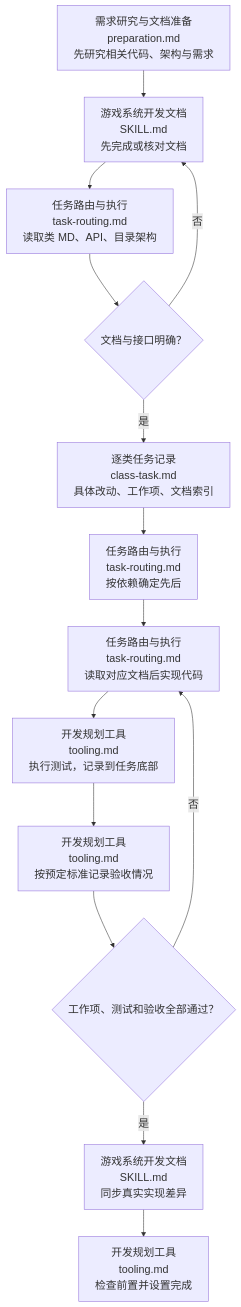
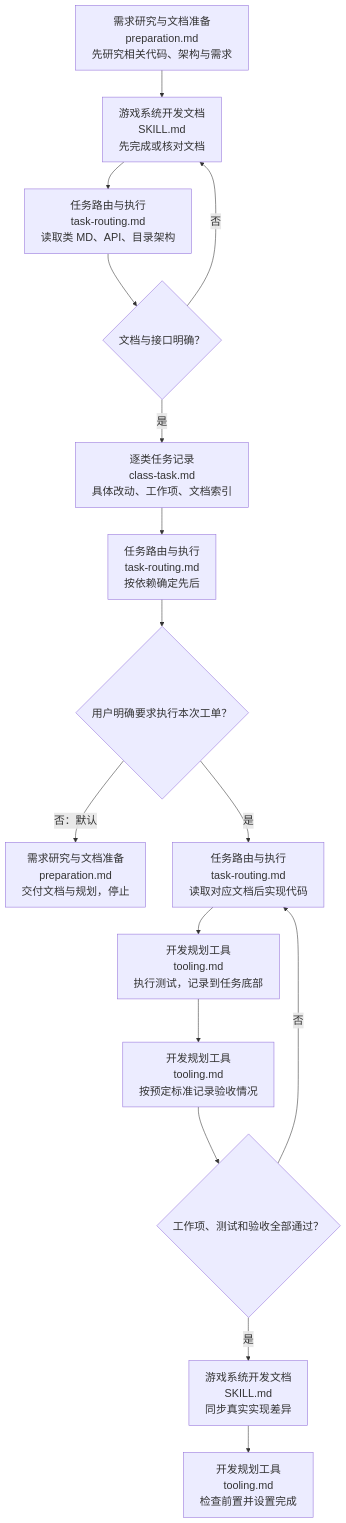
The diagram in game-system-development-planning/SKILL.md (229196637/game-development-skills), drawn with Mermaid before and after one commit. The commit also changed other lines of this file and 9 other files, not shown here.

````diff
--- a/game-system-development-planning/SKILL.md
+++ b/game-system-development-planning/SKILL.md
@@ -14,26 +16,29 @@
 ```mermaid
 %%{init: {"themeVariables": {"fontSize": "20px"}, "flowchart": {"wrappingWidth": 360}}}%%
 flowchart TD
   Research["需求研究与文档准备<br/>preparation.md<br/>先研究相关代码、架构与需求"] --> Docs["游戏系统开发文档<br/>SKILL.md<br/>先完成或核对文档"] --> Read["任务路由与执行<br/>task-routing.md<br/>读取类 MD、API、目录架构"]
   Read --> Ready{"文档与接口明确？"}
   Ready -->|否| Docs
   Ready -->|是| Task["逐类任务记录<br/>class-task.md<br/>具体改动、工作项、文档索引"]
   Task --> Order["任务路由与执行<br/>task-routing.md<br/>按依赖确定先后"]
-  Order --> Code["任务路由与执行<br/>task-routing.md<br/>读取对应文档后实现代码"]
+  Order --> Gate{"用户明确要求执行本次工单？"}
+  Gate -->|否：默认| Deliver["需求研究与文档准备<br/>preparation.md<br/>交付文档与规划，停止"]
+  Gate -->|是| Code["任务路由与执行<br/>task-routing.md<br/>读取对应文档后实现代码"]
   Code --> Test["开发规划工具<br/>tooling.md<br/>执行测试，记录到任务底部"]
   Test --> Accept["开发规划工具<br/>tooling.md<br/>按预定标准记录验收情况"]
   Accept --> Pass{"工作项、测试和验收全部通过？"}
   Pass -->|否| Code
   Pass -->|是| Sync["游戏系统开发文档<br/>SKILL.md<br/>同步真实实现差异"]
   Sync --> Done["开发规划工具<br/>tooling.md<br/>检查前置并设置完成"]
   click Research "references/workflows/preparation.md"
   click Docs "../game-system-development-documentation/SKILL.md"
   click Read "references/workflows/task-routing.md"
   click Task "references/contracts/class-task.md"
   click Order "references/workflows/task-routing.md"
+  click Deliver "references/workflows/preparation.md"
   click Code "references/workflows/task-routing.md"
   click Test "references/tooling.md"
   click Accept "references/tooling.md"
   click Sync "../game-system-development-documentation/SKILL.md"
   click Done "references/tooling.md"
 ```
````
